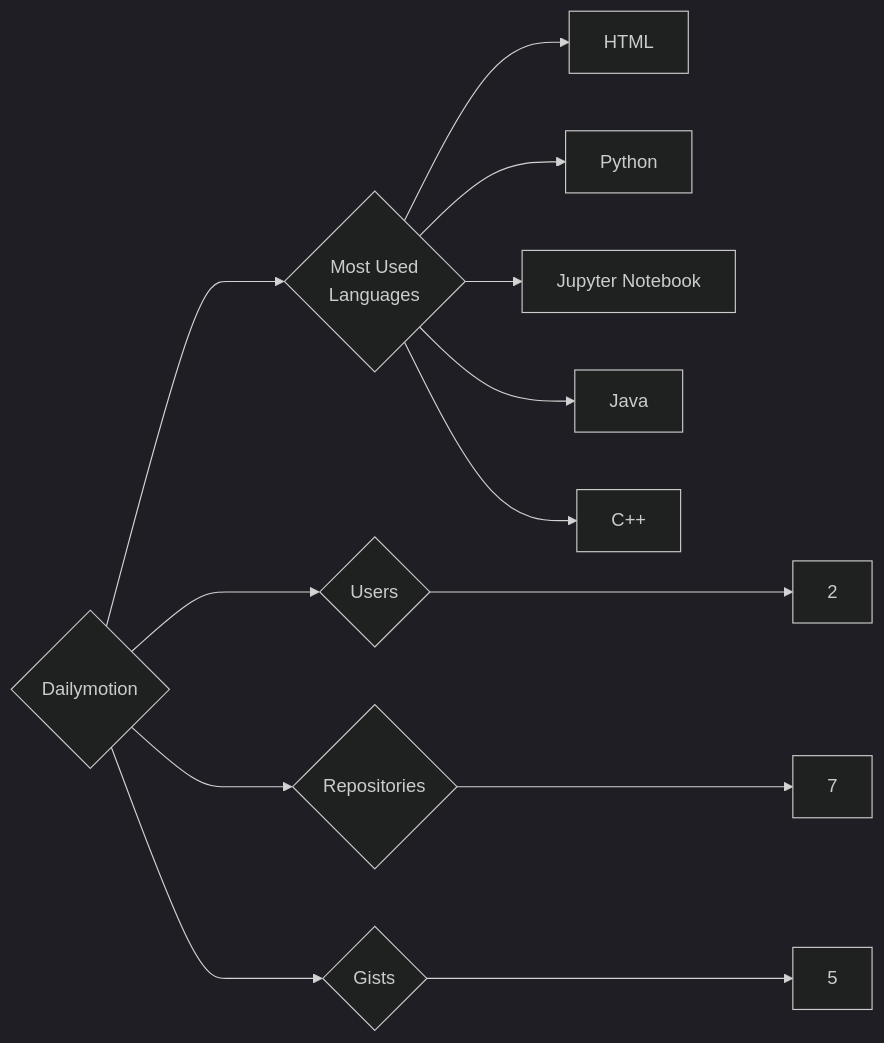
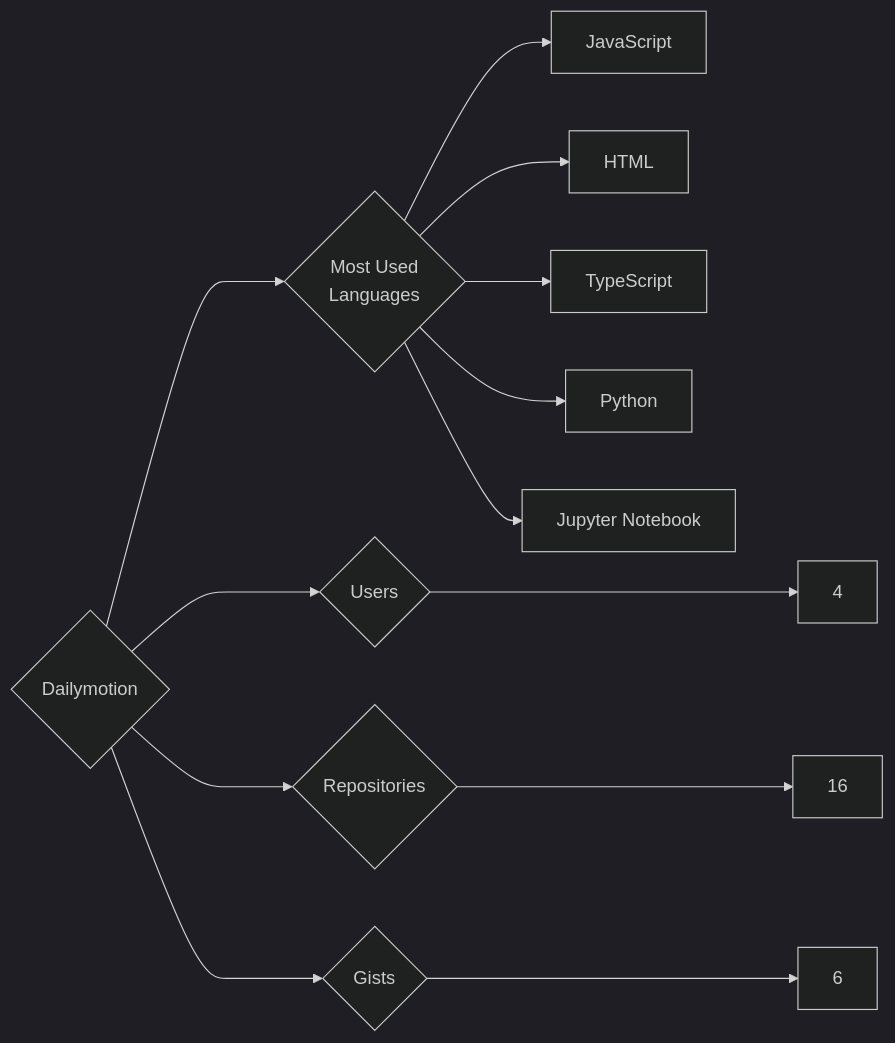
Before and after one commit to trickest/insiders: the diagram in targets/Dailymotion/README.md, drawn with Mermaid (dark theme). The commit also changed 865 other files, not shown here.

````diff
--- a/targets/Dailymotion/README.md
+++ b/targets/Dailymotion/README.md
@@ -3,13 +3,13 @@
 ```mermaid
 graph LR
 COMPANY_NAME{Dailymotion}
-COMPANY_NAME ---> U{Users} ---> UN[2]
-COMPANY_NAME ---> R{Repositories} ---> RN[7]
-COMPANY_NAME ---> G{Gists} ---> GN[5]
+COMPANY_NAME ---> U{Users} ---> UN[4]
+COMPANY_NAME ---> R{Repositories} ---> RN[16]
+COMPANY_NAME ---> G{Gists} ---> GN[6]
 COMPANY_NAME ---> ML{Most Used<br>Languages}
+ML --> JavaScript[JavaScript]
 ML --> HTML[HTML]
+ML --> TypeScript[TypeScript]
 ML --> Python[Python]
 ML --> Jupyter_Notebook[Jupyter Notebook]
-ML --> Java[Java]
-ML --> C++[C++]
 ```
````
